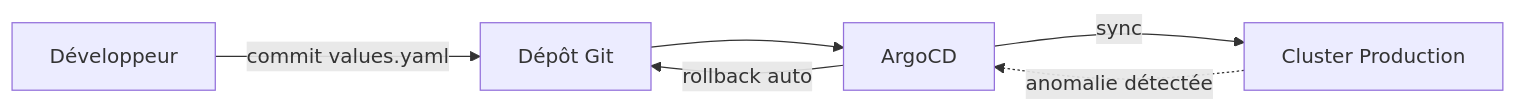
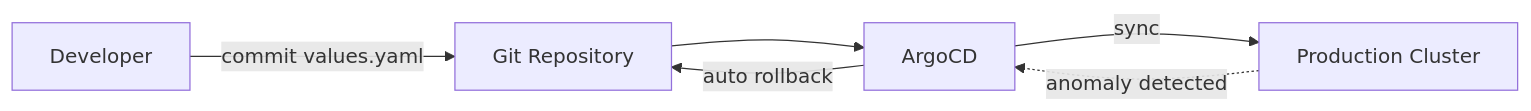
One commit to ADORSYS-GIS/Custom-Ai-Ops changed the ninth of 9 diagrams in docs/explain/kv-cache.md. Above: the diagram before and after it, drawn with Mermaid. The commit also changed other lines of this file and 22 other files, not shown here.

````diff
--- a/docs/explain/kv-cache.md
+++ b/docs/explain/kv-cache.md
@@ -295,8 +295,8 @@
 ```mermaid
 flowchart LR
-    DEV["Développeur"] -->|commit values.yaml| GIT["Dépôt Git"]
+    DEV["Developer"] -->|commit values.yaml| GIT["Git Repository"]
     GIT --> ARGO["ArgoCD"]
-    ARGO -->|sync| PROD["Cluster Production"]
-    PROD -.anomalie détectée.-> ARGO
-    ARGO -->|rollback auto| GIT
+    ARGO -->|sync| PROD["Production Cluster"]
+    PROD -.anomaly detected.-> ARGO
+    ARGO -->|auto rollback| GIT
 ```
````
